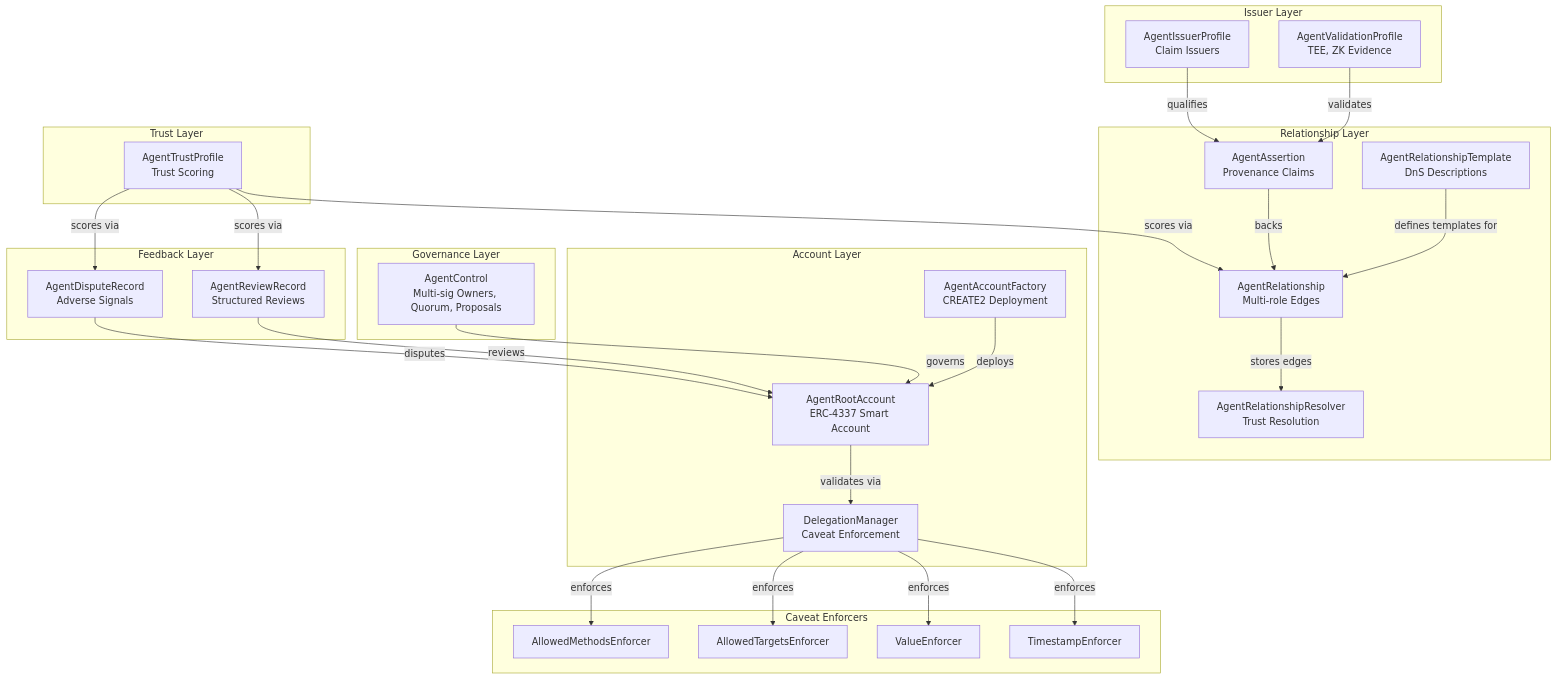
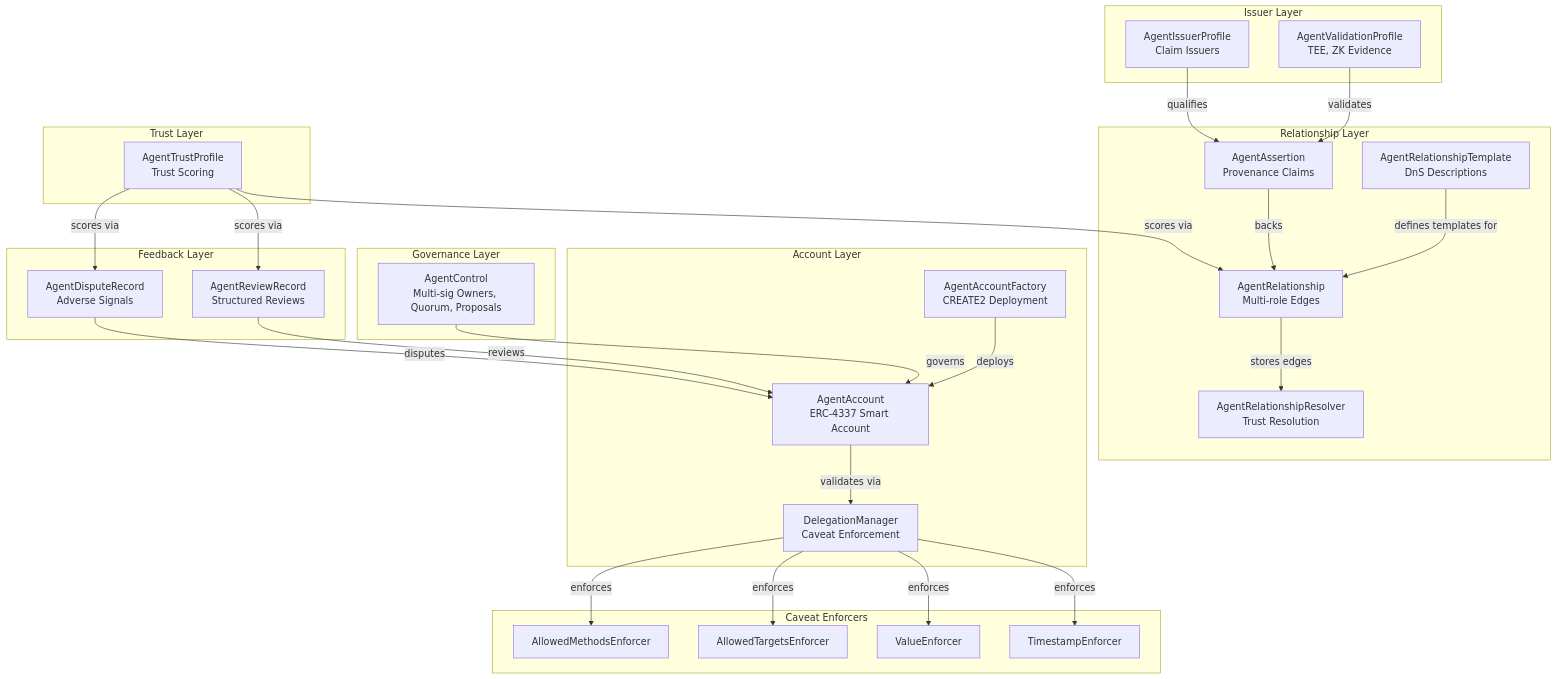
One commit to agentictrustlabs/smart-agent changed the first of 2 diagrams in docs/architecture/technical-architecture.md. Above: the diagram before and after it, drawn with Mermaid. The commit also changed other lines of this file and 56 other files, not shown here.

````diff
--- a/docs/architecture/technical-architecture.md
+++ b/docs/architecture/technical-architecture.md
@@ -18,53 +18,53 @@
 ```mermaid
 graph TB
     subgraph "Account Layer"
-        ARA[AgentRootAccount<br/>ERC-4337 Smart Account]
+        ARA[AgentAccount<br/>ERC-4337 Smart Account]
         AAF[AgentAccountFactory<br/>CREATE2 Deployment]
         DM[DelegationManager<br/>Caveat Enforcement]
     end
 
     subgraph "Caveat Enforcers"
         TE[TimestampEnforcer]
         VE[ValueEnforcer]
         ATE[AllowedTargetsEnforcer]
         AME[AllowedMethodsEnforcer]
     end
 
     subgraph "Governance Layer"
         AC[AgentControl<br/>Multi-sig Owners, Quorum, Proposals]
     end
 
     subgraph "Relationship Layer"
         AR[AgentRelationship<br/>Multi-role Edges]
         AA[AgentAssertion<br/>Provenance Claims]
         ARR[AgentRelationshipResolver<br/>Trust Resolution]
         ART[AgentRelationshipTemplate<br/>DnS Descriptions]
     end
 
     subgraph "Issuer Layer"
         AIP[AgentIssuerProfile<br/>Claim Issuers]
         AVP[AgentValidationProfile<br/>TEE, ZK Evidence]
     end
 
     subgraph "Feedback Layer"
         ARVR[AgentReviewRecord<br/>Structured Reviews]
         ADR[AgentDisputeRecord<br/>Adverse Signals]
     end
 
     subgraph "Trust Layer"
         ATP[AgentTrustProfile<br/>Trust Scoring]
     end
 
     AAF -->|deploys| ARA
     ARA -->|validates via| DM
     DM -->|enforces| TE & VE & ATE & AME
     AC -->|governs| ARA
     AR -->|stores edges| ARR
     AA -->|backs| AR
     ART -->|defines templates for| AR
     AIP -->|qualifies| AA
     AVP -->|validates| AA
     ARVR -->|reviews| ARA
     ADR -->|disputes| ARA
     ATP -->|scores via| AR & ARVR & ADR
 ```
````
